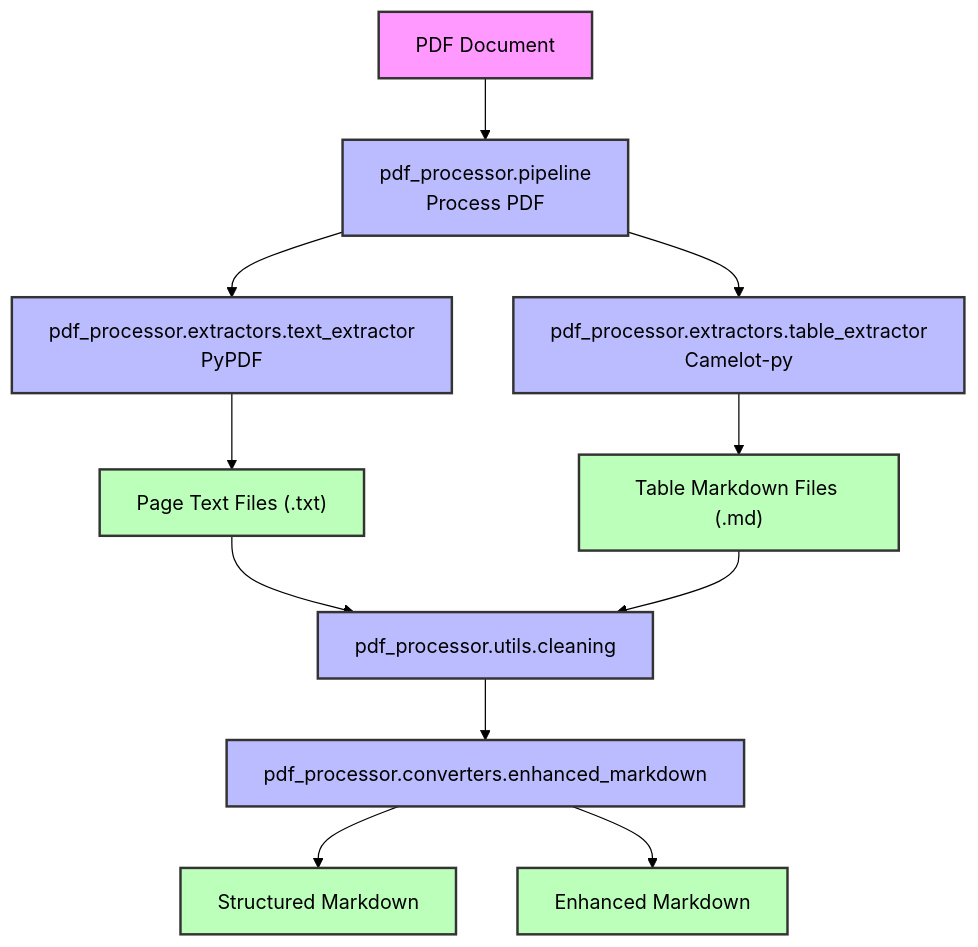
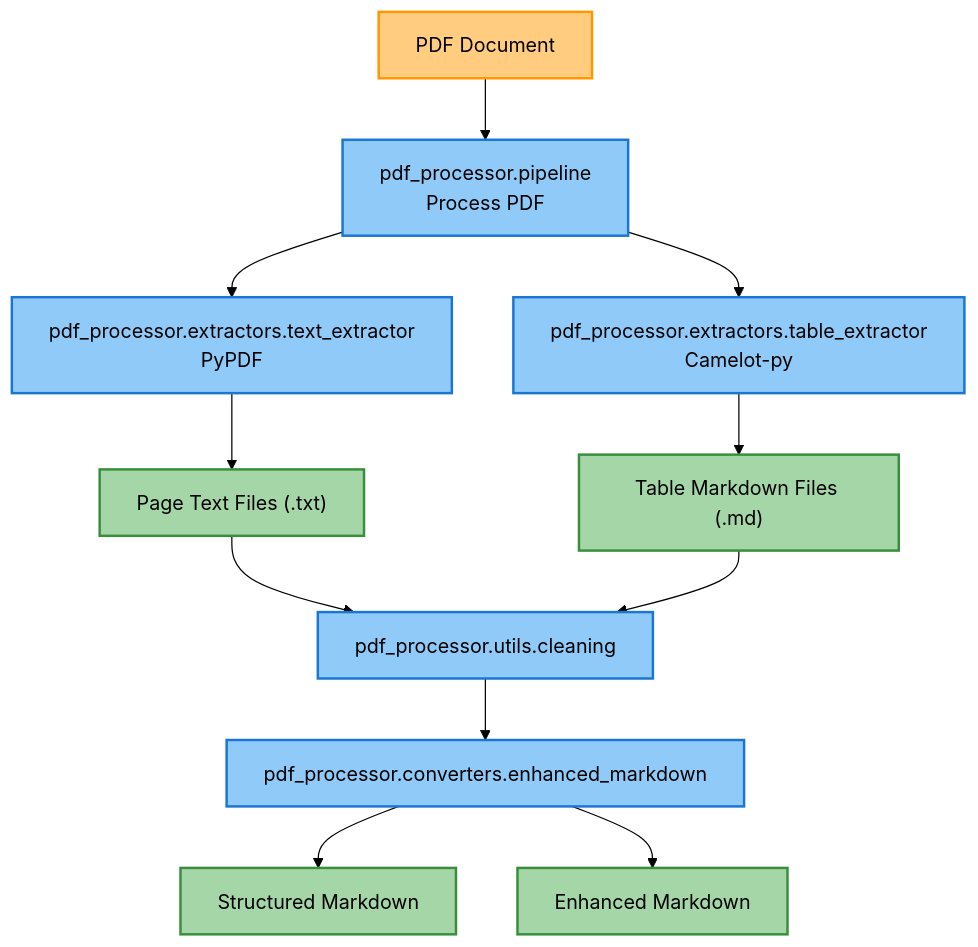
Before and after one commit to SoundMindsAI/pdf-handling: the first of 3 diagrams in README.md, drawn with Mermaid (forest theme). The commit also changed other lines of this file, not shown here.

First line of the commit message:
Improve workflow diagram readability in README.md

````diff
--- a/README.md
+++ b/README.md
@@ -76,21 +76,21 @@
 ```mermaid
 graph TD
     PDF[PDF Document] --> PipelineModule[pdf_processor.pipeline\nProcess PDF]
     PipelineModule --> TextExtractor[pdf_processor.extractors.text_extractor\nPyPDF]
     PipelineModule --> TableExtractor[pdf_processor.extractors.table_extractor\nCamelot-py]
     TextExtractor --> ExtractedText["Page Text Files (.txt)"]
     TableExtractor --> TablesMarkdown["Table Markdown Files (.md)"]
     ExtractedText --> CleaningModule[pdf_processor.utils.cleaning]
     TablesMarkdown --> CleaningModule
     CleaningModule --> EnhancedMarkdown[pdf_processor.converters.enhanced_markdown]
     EnhancedMarkdown --> StructuredMD["Structured Markdown"]
     EnhancedMarkdown --> ImprovedMD["Enhanced Markdown"]
     
-    classDef input fill:#f9f,stroke:#333,stroke-width:2px;
-    classDef process fill:#bbf,stroke:#333,stroke-width:2px;
-    classDef output fill:#bfb,stroke:#333,stroke-width:2px;
+    classDef input fill:#ffcc80,stroke:#ff9800,stroke-width:2px;
+    classDef process fill:#90caf9,stroke:#1976d2,stroke-width:2px;
+    classDef output fill:#a5d6a7,stroke:#388e3c,stroke-width:2px;
     
     class PDF input;
     class PipelineModule,TextExtractor,TableExtractor,CleaningModule,EnhancedMarkdown process;
     class TablesMarkdown,ExtractedText,StructuredMD,ImprovedMD output;
 ```
````
